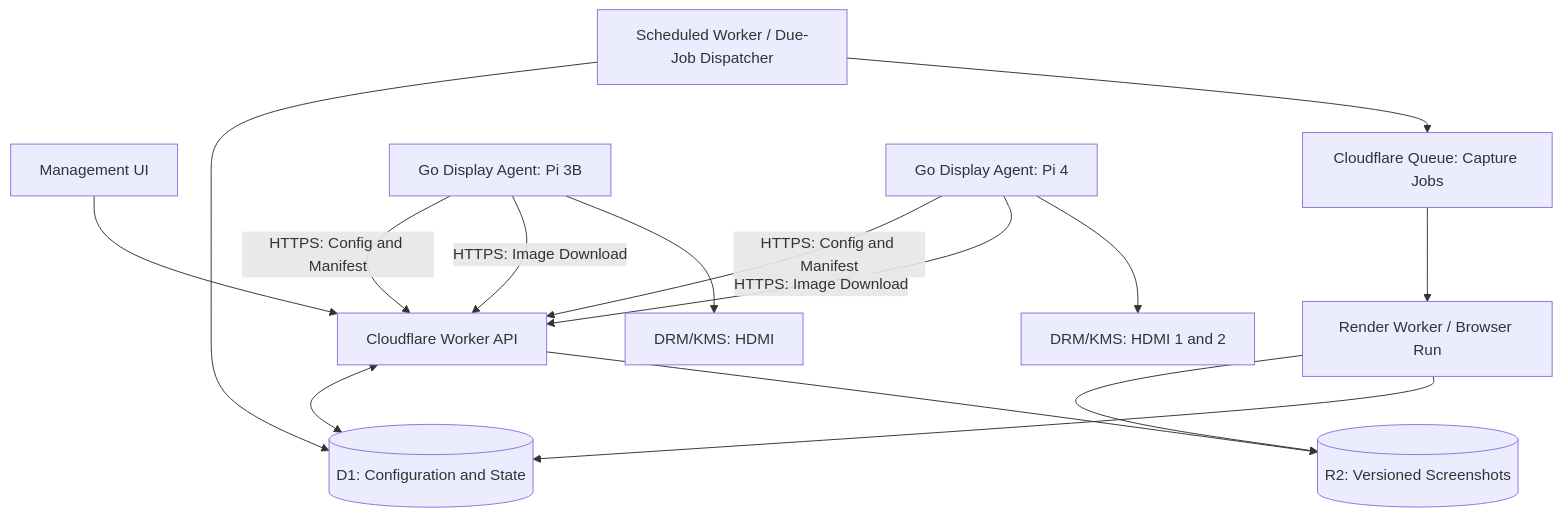
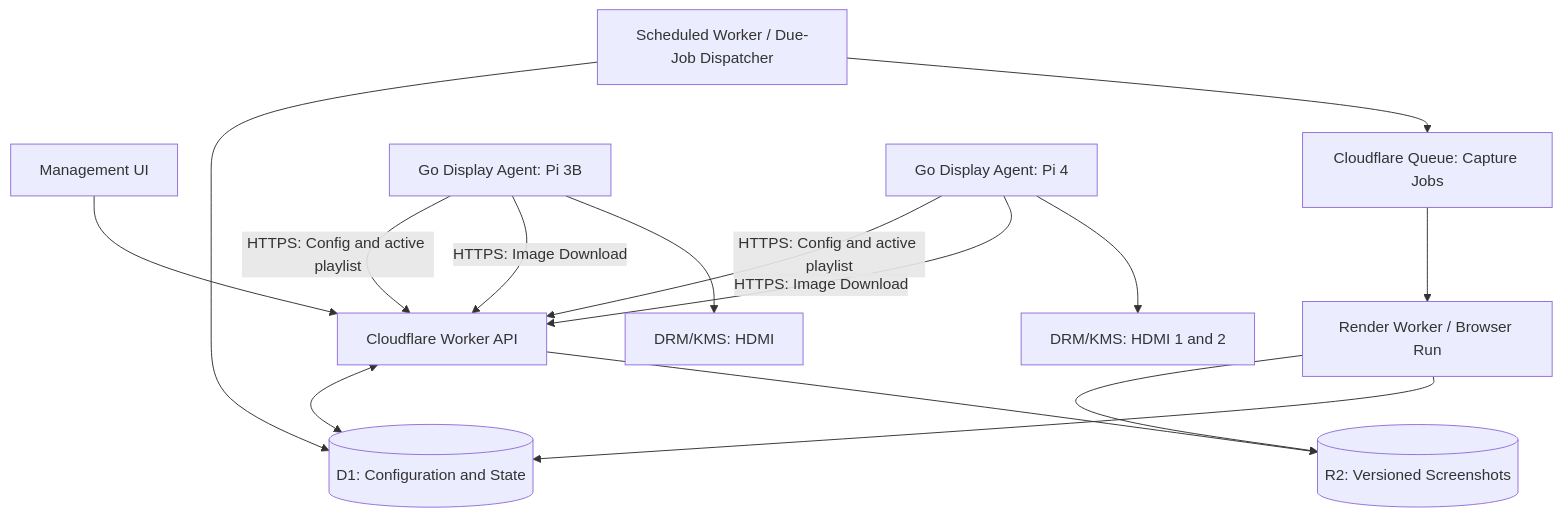
Before and after one commit to CyanAutomation/ribbonfish: the diagram in README.md, drawn with Mermaid. The commit also changed other lines of this file and 39 other files, not shown here.

Commit message:
Use one globally active playlist

````diff
--- a/README.md
+++ b/README.md
@@ -64,27 +65,27 @@
 ```mermaid
 flowchart TD
 
     Admin[Management UI] --> API[Cloudflare Worker API]
 
     API <--> D1[(D1: Configuration and State)]
 
     Scheduler[Scheduled Worker / Due-Job Dispatcher] --> D1
     Scheduler --> Q[Cloudflare Queue: Capture Jobs]
 
     Q --> Renderer[Render Worker / Browser Run]
 
     Renderer --> R2[(R2: Versioned Screenshots)]
     Renderer --> D1
 
-    Pi1[Go Display Agent: Pi 3B] -->|HTTPS: Config and Manifest| API
-    Pi2[Go Display Agent: Pi 4] -->|HTTPS: Config and Manifest| API
+    Pi1[Go Display Agent: Pi 3B] -->|HTTPS: Config and active playlist| API
+    Pi2[Go Display Agent: Pi 4] -->|HTTPS: Config and active playlist| API
 
     Pi1 -->|HTTPS: Image Download| API
     Pi2 -->|HTTPS: Image Download| API
 
     API --> R2
 
     Pi1 --> DRM1[DRM/KMS: HDMI]
     Pi2 --> DRM2[DRM/KMS: HDMI 1 and 2]
 
 ```
````
